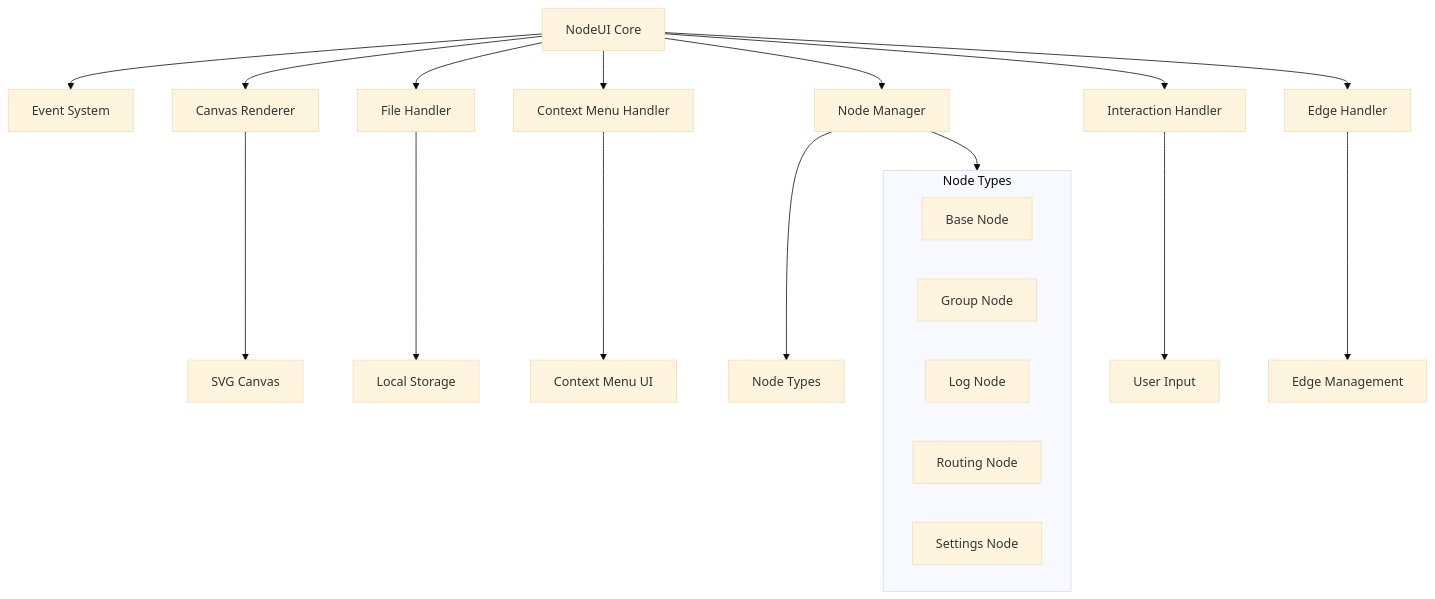
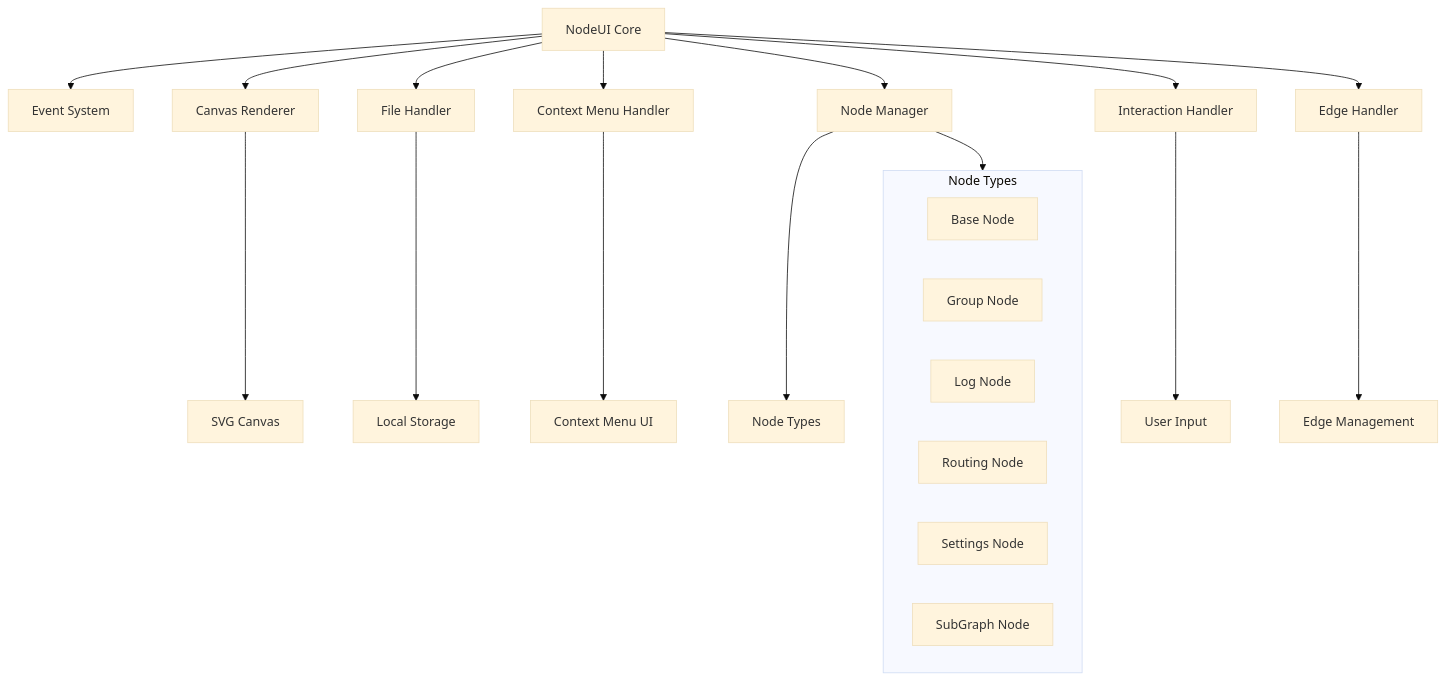
The first of 4 diagrams in memory-bank/systemPatterns.md (DangerDrome/NodeUI), drawn with Mermaid (base theme) before and after one commit. The commit also changed other lines of this file and 4 other files, not shown here.

````diff
--- a/memory-bank/systemPatterns.md
+++ b/memory-bank/systemPatterns.md
@@ -6,27 +6,28 @@
 ```mermaid
 flowchart TD
     NodeUI[NodeUI Core] --> Events[Event System]
     NodeUI --> CanvasRenderer[Canvas Renderer]
     NodeUI --> FileHandler[File Handler]
     NodeUI --> ContextMenuHandler[Context Menu Handler]
     NodeUI --> NodeManager[Node Manager]
     NodeUI --> InteractionHandler[Interaction Handler]
     NodeUI --> EdgeHandler[Edge Handler]
     
     CanvasRenderer --> SVG[SVG Canvas]
     FileHandler --> Storage[Local Storage]
     ContextMenuHandler --> ContextMenu[Context Menu UI]
     NodeManager --> Nodes[Node Types]
     InteractionHandler --> Input[User Input]
     EdgeHandler --> Edges[Edge Management]
     
     subgraph nodes[Node Types]
         BaseNode[Base Node]
         GroupNode[Group Node]
         LogNode[Log Node]
         RoutingNode[Routing Node]
         SettingsNode[Settings Node]
+        SubGraphNode[SubGraph Node]
     end
     
     NodeManager --> nodes
 ```
````
